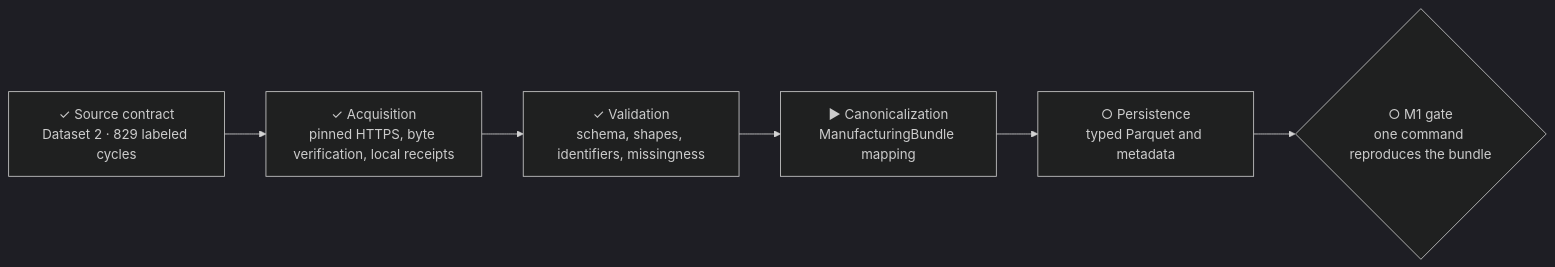
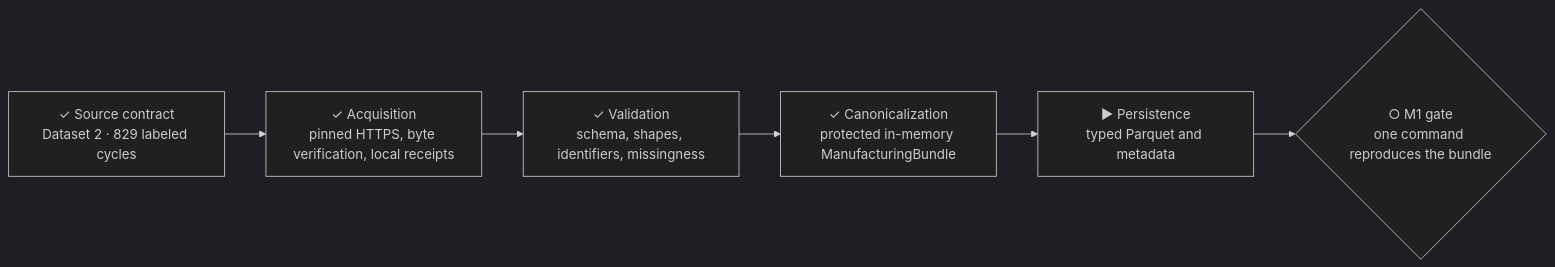
One commit to stevennitesh/manufacturing-process-intelligence changed the diagram in docs/milestones/m01-injection-molding-ingestion.md. Above: the diagram before and after it, drawn with Mermaid (dark theme). The commit also changed other lines of this file and 11 other files, not shown here.

````diff
--- a/docs/milestones/m01-injection-molding-ingestion.md
+++ b/docs/milestones/m01-injection-molding-ingestion.md
@@ -15,11 +15,11 @@
 ```mermaid
 flowchart LR
     S["✓ Source contract<br/>Dataset 2 · 829 labeled cycles"]
     A["✓ Acquisition<br/>pinned HTTPS, byte verification, local receipts"]
     V["✓ Validation<br/>schema, shapes, identifiers, missingness"]
-    C["▶ Canonicalization<br/>ManufacturingBundle mapping"]
-    P["○ Persistence<br/>typed Parquet and metadata"]
+    C["✓ Canonicalization<br/>protected in-memory ManufacturingBundle"]
+    P["▶ Persistence<br/>typed Parquet and metadata"]
     G{"○ M1 gate<br/>one command reproduces the bundle"}
 
     S --> A --> V --> C --> P --> G
 ```
````
